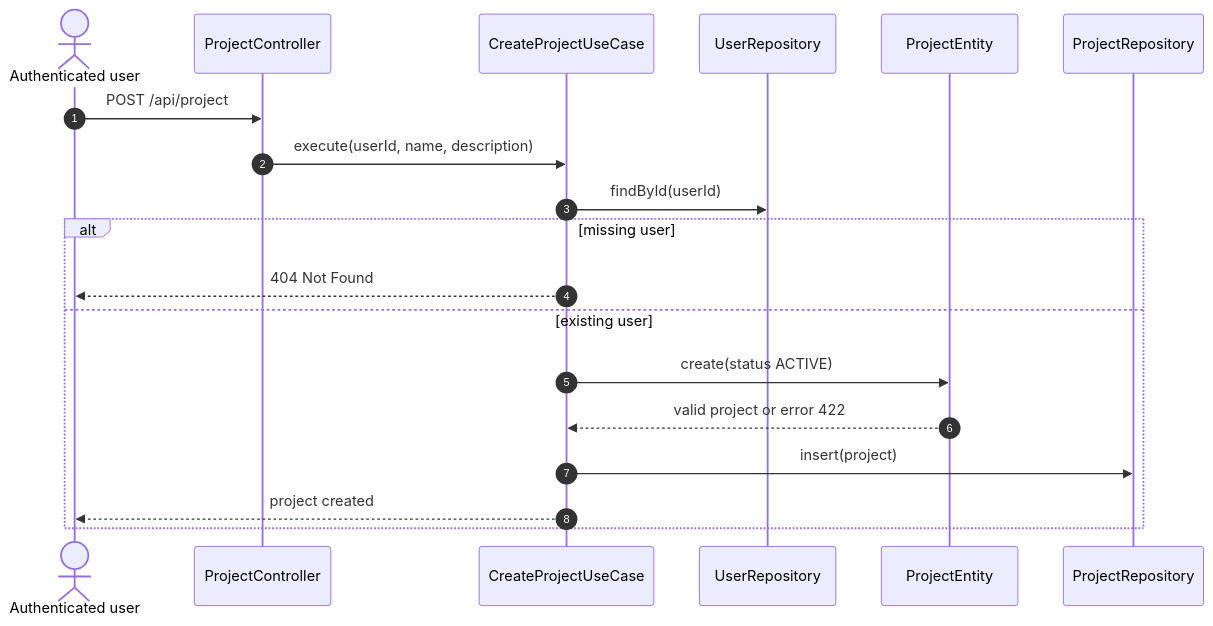
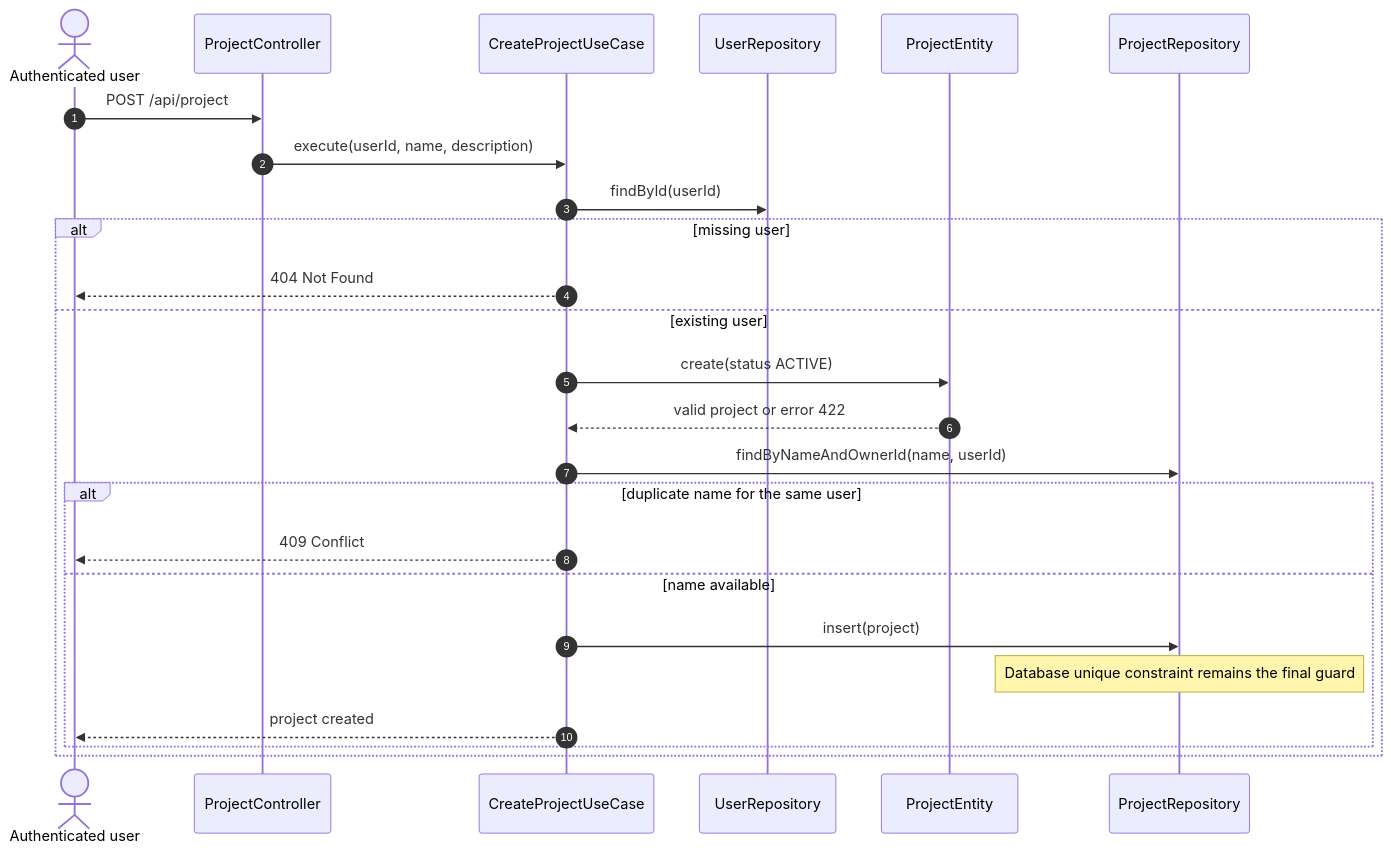
The first of 6 diagrams in docs/diagrams/sequences/projects.md (Lucalopezz/DevLog), drawn with Mermaid before and after one commit. The commit also changed 12 other files, not shown here.

Commit message:
fix(api): return 409 when creating a project with a duplicate name

````diff
--- a/docs/diagrams/sequences/projects.md
+++ b/docs/diagrams/sequences/projects.md
@@ -5,22 +5,28 @@
 ```mermaid
 sequenceDiagram
     autonumber
     actor UserActor as Authenticated user
     participant C as ProjectController
     participant UC as CreateProjectUseCase
     participant URepo as UserRepository
     participant Project as ProjectEntity
     participant PRepo as ProjectRepository
 
     UserActor->>C: POST /api/project
     C->>UC: execute(userId, name, description)
     UC->>URepo: findById(userId)
     alt missing user
         UC-->>UserActor: 404 Not Found
     else existing user
         UC->>Project: create(status ACTIVE)
         Project-->>UC: valid project or error 422
-        UC->>PRepo: insert(project)
-        UC-->>UserActor: project created
+        UC->>PRepo: findByNameAndOwnerId(name, userId)
+        alt duplicate name for the same user
+            UC-->>UserActor: 409 Conflict
+        else name available
+            UC->>PRepo: insert(project)
+            Note over PRepo: Database unique constraint remains the final guard
+            UC-->>UserActor: project created
+        end
     end
 ```
````
